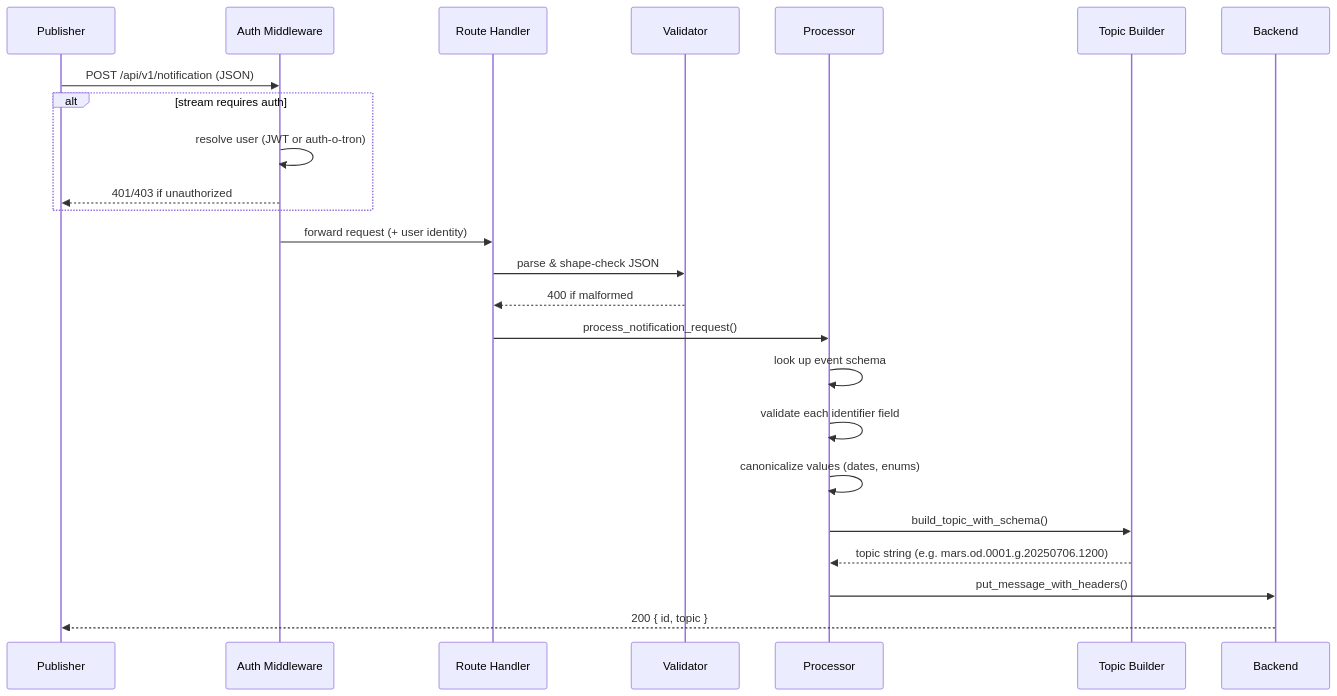
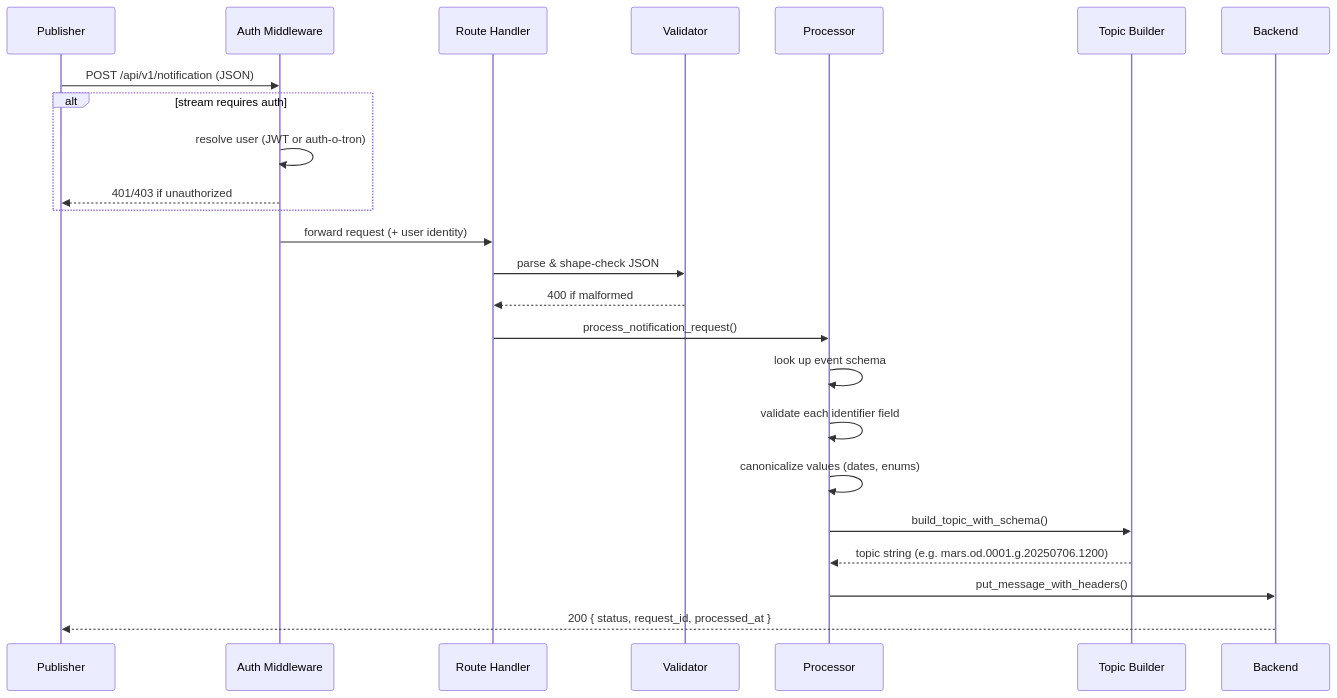
Before and after one commit to ecmwf/aviso-server: the second of 5 diagrams in docs/src/architecture.md, drawn with Mermaid. The commit also changed other lines of this file and 15 other files, not shown here.

````diff
--- a/docs/src/architecture.md
+++ b/docs/src/architecture.md
@@ -58,27 +57,27 @@
 ```mermaid
 sequenceDiagram
     participant C as Publisher
     participant A as Auth Middleware
     participant R as Route Handler
     participant V as Validator
     participant P as Processor
     participant T as Topic Builder
     participant B as Backend
 
     C->>A: POST /api/v1/notification (JSON)
     alt stream requires auth
         A->>A: resolve user (JWT or auth-o-tron)
         A-->>C: 401/403 if unauthorized
     end
     A->>R: forward request (+ user identity)
     R->>V: parse & shape-check JSON
     V-->>R: 400 if malformed
     R->>P: process_notification_request()
     P->>P: look up event schema
     P->>P: validate each identifier field
     P->>P: canonicalize values (dates, enums)
     P->>T: build_topic_with_schema()
     T-->>P: topic string (e.g. mars.od.0001.g.20250706.1200)
     P->>B: put_message_with_headers()
-    B-->>C: 200 { id, topic }
+    B-->>C: 200 { status, request_id, processed_at }
 ```
````
